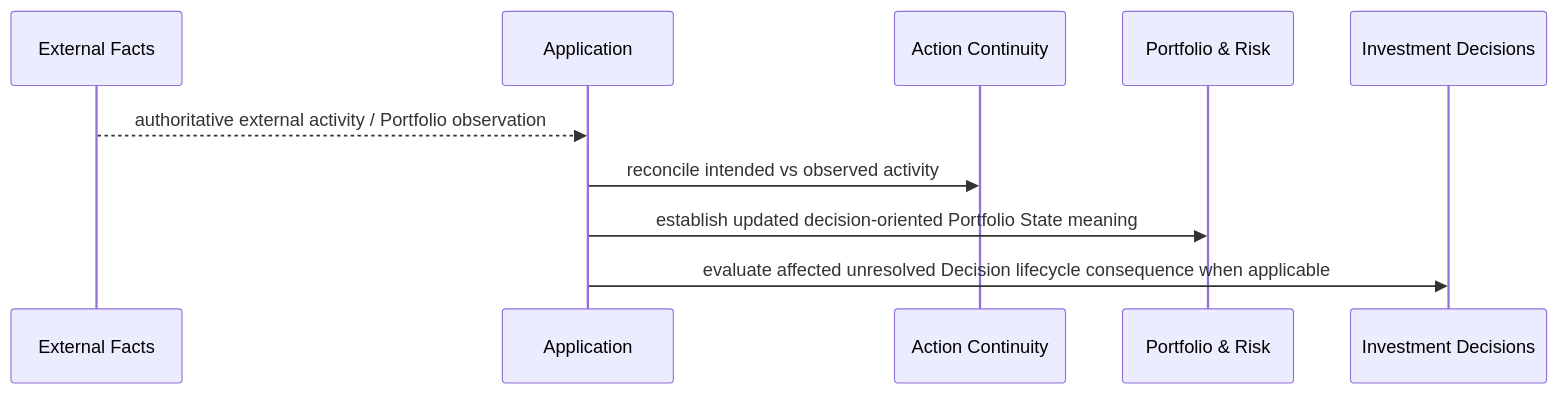
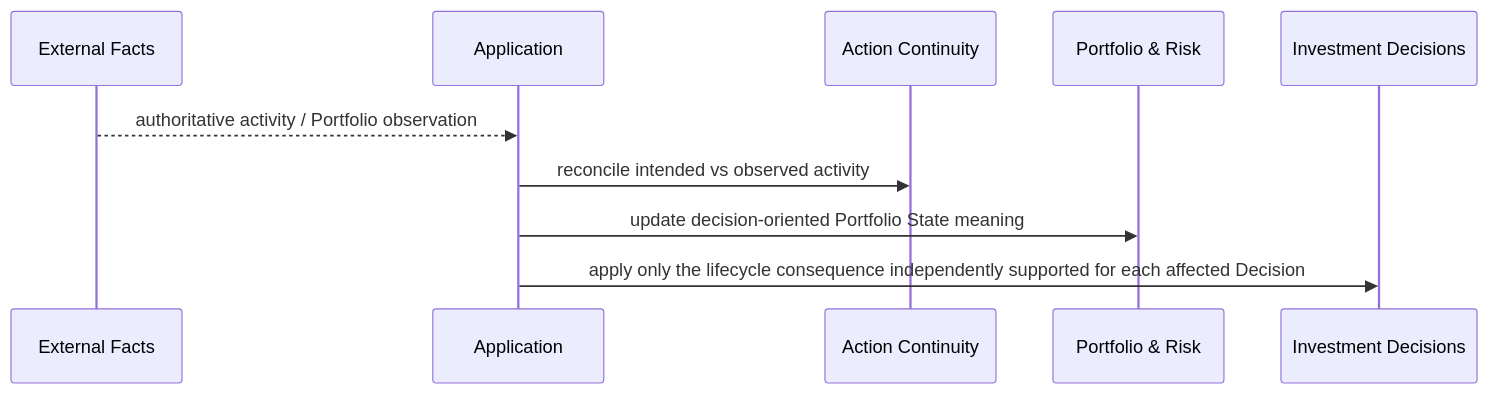
One commit to sponge-b0b/Polaris changed the eighth of 8 diagrams in docs/proposed/platform-domain-interaction-map.md. Above: the diagram before and after it, drawn with Mermaid. The commit also changed other lines of this file and 11 other files, not shown here.

````diff
--- a/docs/proposed/platform-domain-interaction-map.md
+++ b/docs/proposed/platform-domain-interaction-map.md
@@ -433,13 +369,13 @@
 ```mermaid
 sequenceDiagram
     participant X as External Facts
     participant App as Application
     participant A as Action Continuity
-    participant P as Portfolio & Risk
+    participant R as Portfolio & Risk
     participant D as Investment Decisions
 
-    X-->>App: authoritative external activity / Portfolio observation
+    X-->>App: authoritative activity / Portfolio observation
     App->>A: reconcile intended vs observed activity
-    App->>P: establish updated decision-oriented Portfolio State meaning
-    App->>D: evaluate affected unresolved Decision lifecycle consequence when applicable
+    App->>R: update decision-oriented Portfolio State meaning
+    App->>D: apply only the lifecycle consequence independently supported for each affected Decision
 ```
````
